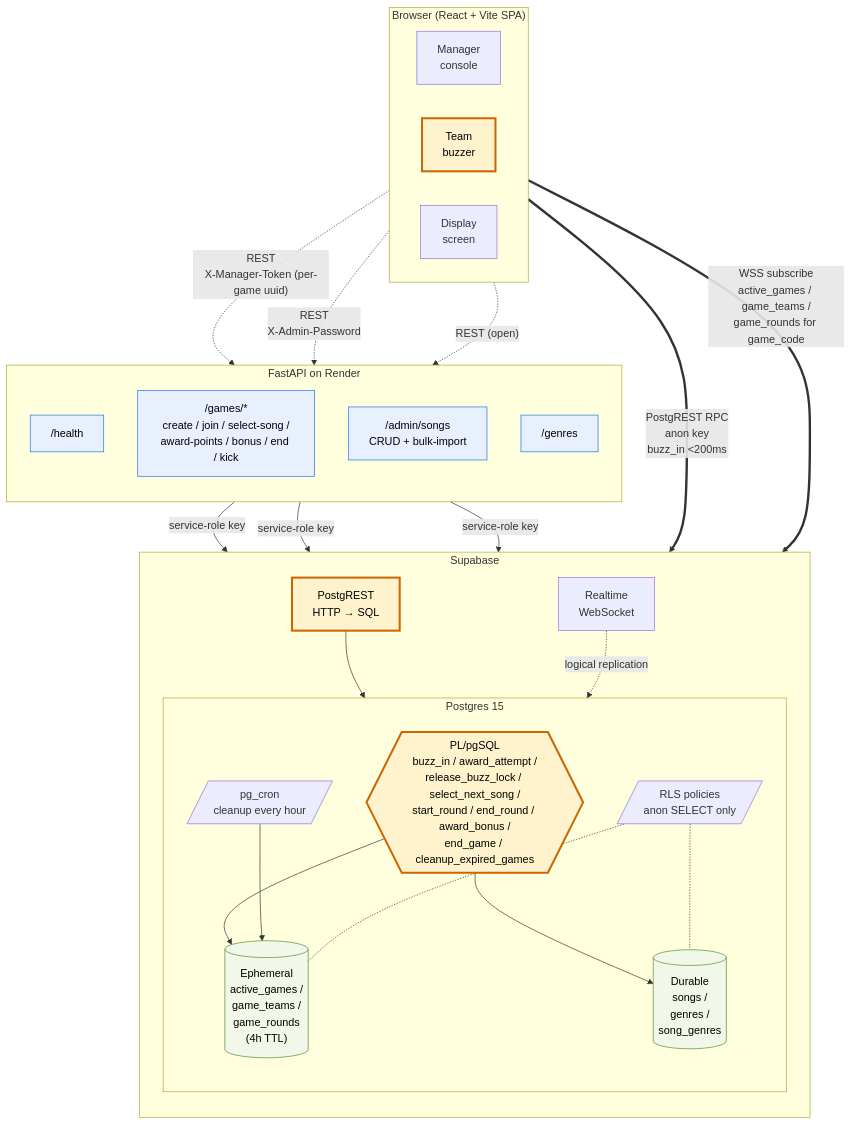
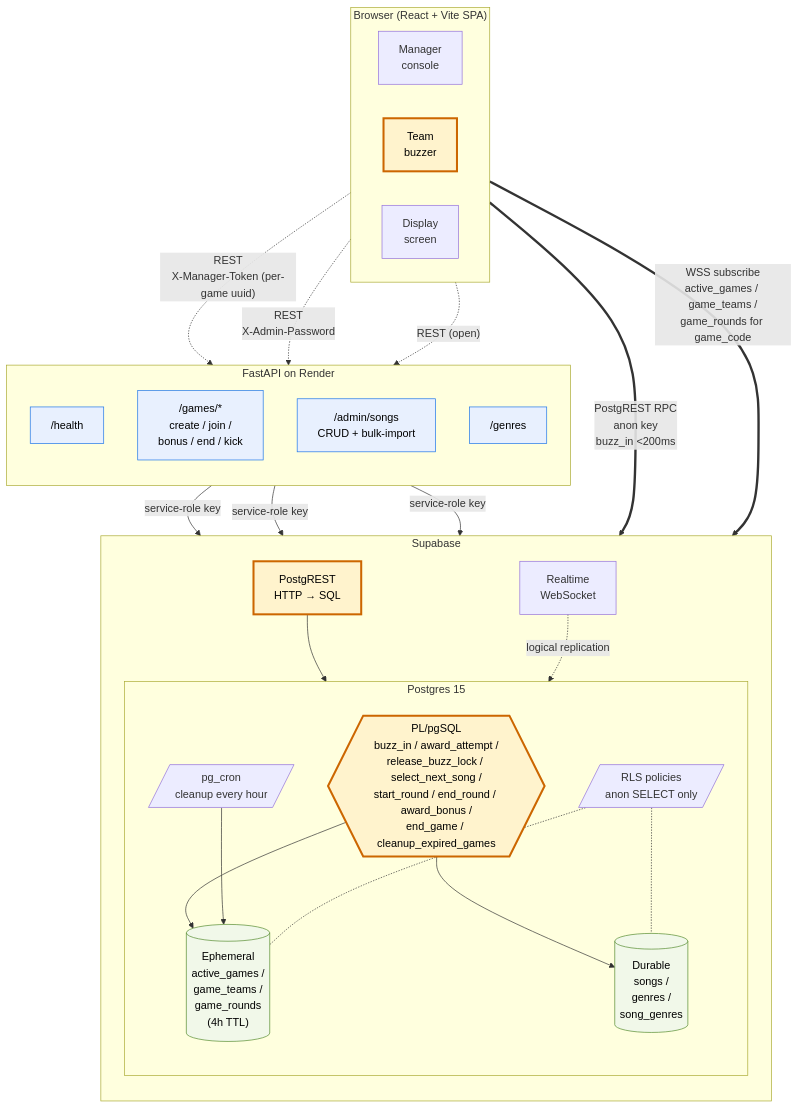
The first of 2 diagrams in docs/diagrams/internal.md (BenArtzi4/Sound-Clash), drawn with Mermaid before and after one commit. The commit also changed other lines of this file and 8 other files, not shown here.

````diff
--- a/docs/diagrams/internal.md
+++ b/docs/diagrams/internal.md
@@ -9,55 +9,55 @@
 ```mermaid
 flowchart TB
     subgraph BROWSER["Browser (React + Vite SPA)"]
         direction LR
         Mgr["Manager<br/>console"]
         Tm["Team<br/>buzzer"]
         Disp["Display<br/>screen"]
     end
 
     subgraph RENDER["FastAPI on Render"]
         direction TB
         Health["/health"]
-        Games["/games/*<br/>create / join / select-song /<br/>award-points / bonus / end / kick"]
+        Games["/games/*<br/>create / join /<br/>bonus / end / kick"]
         Admin["/admin/songs<br/>CRUD + bulk-import"]
         Genres["/genres"]
     end
 
     subgraph SUPA["Supabase"]
         direction TB
         PostgREST["PostgREST<br/>HTTP → SQL"]
         Realtime["Realtime<br/>WebSocket"]
         subgraph PG["Postgres 15"]
             direction TB
             Tephem[("Ephemeral<br/>active_games /<br/>game_teams /<br/>game_rounds<br/>(4h TTL)")]
             Tdurable[("Durable<br/>songs /<br/>genres /<br/>song_genres")]
             RPC{{"PL/pgSQL<br/>buzz_in / award_attempt /<br/>release_buzz_lock / select_next_song /<br/>start_round / end_round / award_bonus /<br/>end_game / cleanup_expired_games"}}
             Cron[/"pg_cron<br/>cleanup every hour"/]
             RLS[/"RLS policies<br/>anon SELECT only"/]
         end
     end
 
     Mgr -.->|"REST<br/>X-Manager-Token (per-game uuid)"| Games
     Mgr -.->|"REST<br/>X-Admin-Password"| Admin
     BROWSER -.->|"REST (open)"| Genres
     Tm ==>|"PostgREST RPC<br/>anon key<br/>buzz_in &lt;200ms"| PostgREST
     BROWSER ==>|"WSS subscribe<br/>active_games / game_teams /<br/>game_rounds for game_code"| Realtime
 
     Games -->|"service-role key"| Tephem
     Admin -->|"service-role key"| Tdurable
     Genres -->|"service-role key"| Tdurable
     PostgREST --> RPC
     RPC --> Tephem
     RPC --> Tdurable
     Cron --> Tephem
     Realtime -.->|"logical replication"| Tephem
     RLS -.- Tephem
     RLS -.- Tdurable
 
     classDef hot fill:#fff3cd,stroke:#cc6600,stroke-width:3px,color:#000
     classDef cold fill:#e8f0fe,stroke:#1a73e8,color:#000
     classDef store fill:#f1f8e9,stroke:#558b2f,color:#000
     class Tm,PostgREST,RPC hot
     class Games,Admin,Genres,Health cold
     class Tephem,Tdurable store
 ```
````
